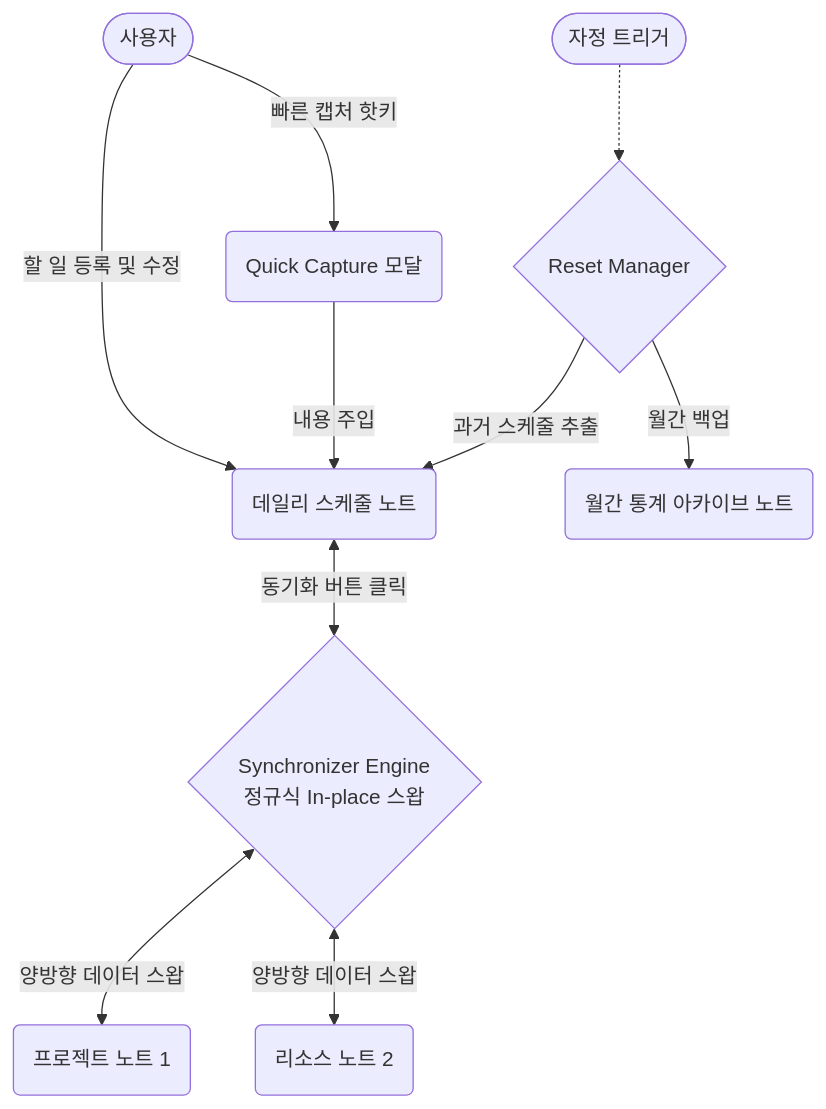
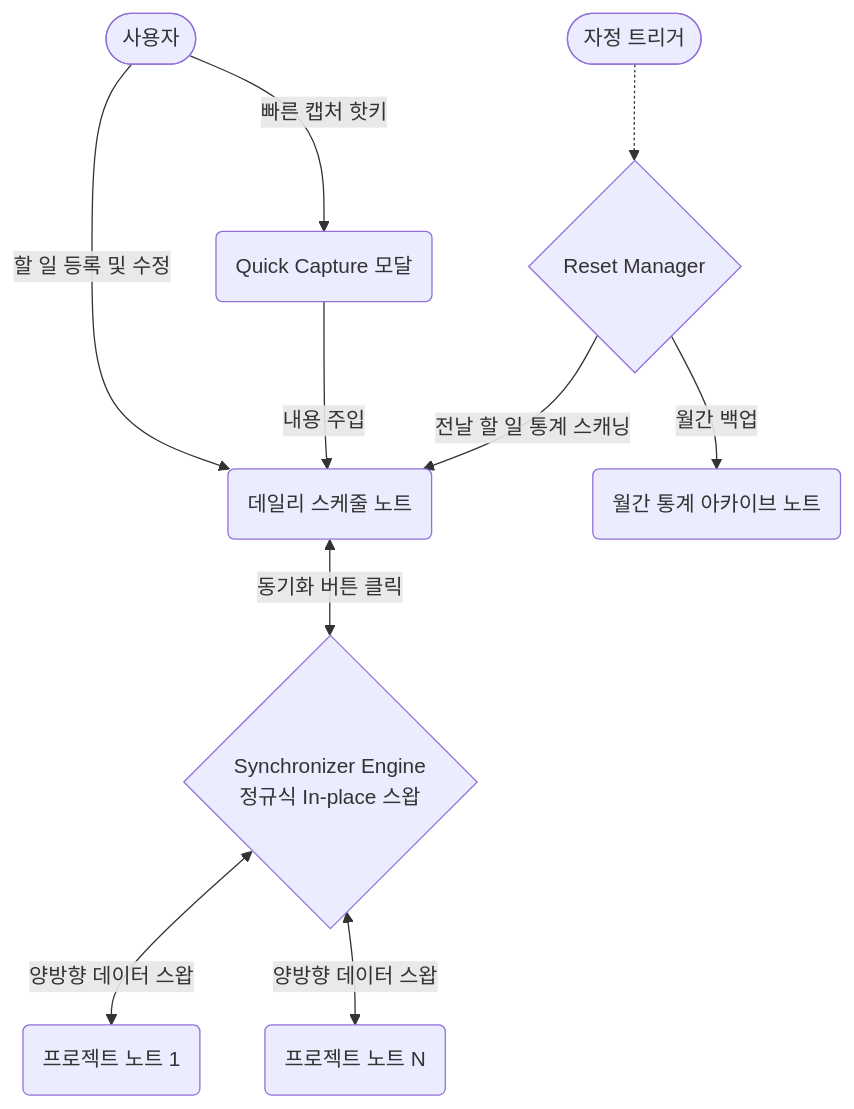
Before and after one commit to KJH-Portfolio/202604-obsidian-task-manager: the diagram in README.md, drawn with Mermaid. The commit also changed other lines of this file, not shown here.

````diff
--- a/README.md
+++ b/README.md
@@ -71,15 +71,15 @@
 ```mermaid
 flowchart TD
     User([사용자]) --> |할 일 등록 및 수정| DailyNote(데일리 스케줄 노트)
     User --> |빠른 캡처 핫키| Modal(Quick Capture 모달)
     Modal --> |내용 주입| DailyNote
     
     DailyNote <--> |동기화 버튼 클릭| Synchronizer{Synchronizer Engine<br>정규식 In-place 스왑}
     
     Synchronizer <--> |양방향 데이터 스왑| ProjectNote(프로젝트 노트 1)
-    Synchronizer <--> |양방향 데이터 스왑| ResourceNote(리소스 노트 2)
+    Synchronizer <--> |양방향 데이터 스왑| ProjectNoteN(프로젝트 노트 N)
     
     Clock([자정 트리거]) -.-> ResetManager{Reset Manager}
-    ResetManager --> |과거 스케줄 추출| DailyNote
+    ResetManager --> |전날 할 일 통계 스캐닝| DailyNote
     ResetManager --> |월간 백업| Archive(월간 통계 아카이브 노트)
 ```
````
